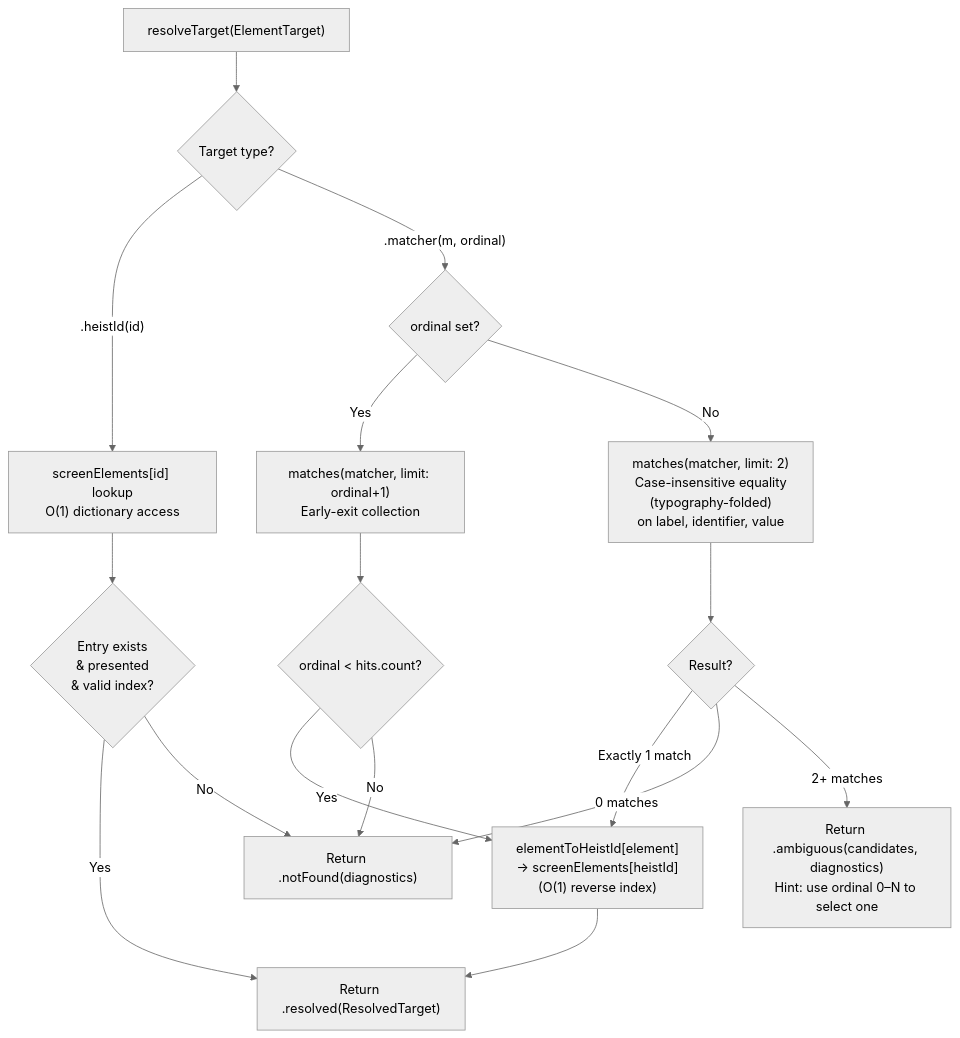
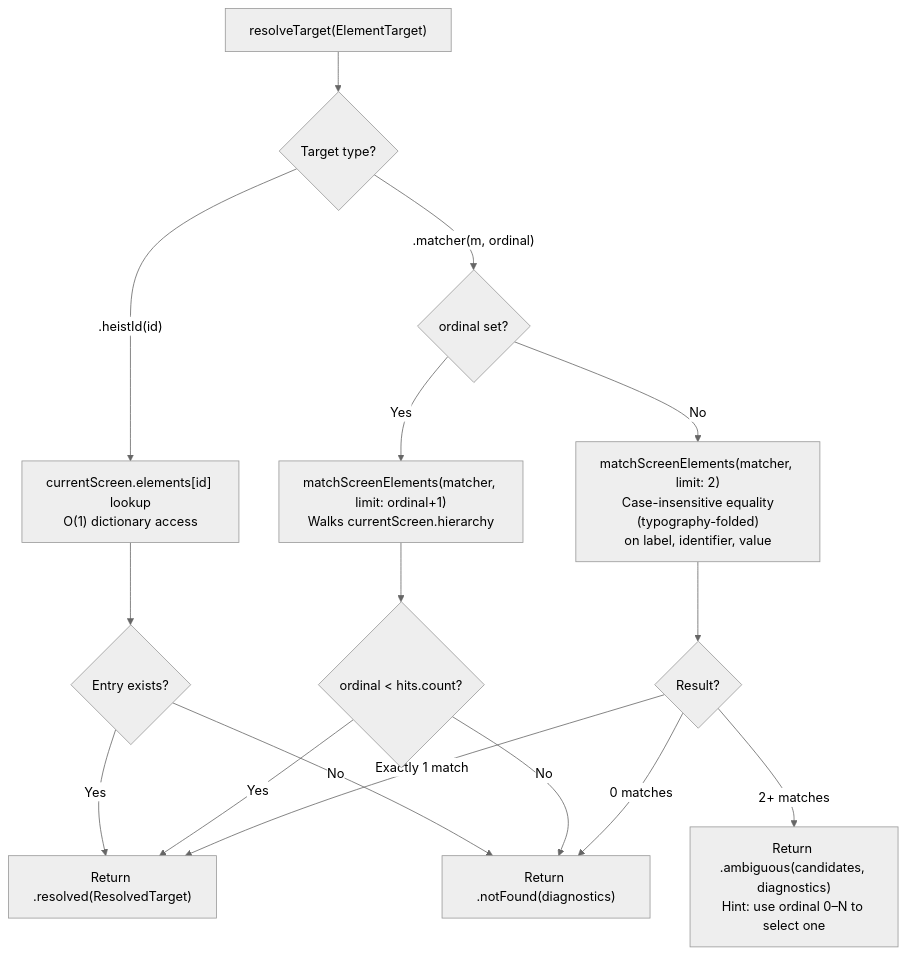
Before and after one commit to RoyalPineapple/TheButtonHeist: the second of 2 diagrams in docs/dossiers/12-UNIFIED-TARGETING.md, drawn with Mermaid (neutral theme). The commit also changed other lines of this file and 13 other files, not shown here.

````diff
--- a/docs/dossiers/12-UNIFIED-TARGETING.md
+++ b/docs/dossiers/12-UNIFIED-TARGETING.md
@@ -111,21 +118,20 @@
 ```mermaid
 flowchart TD
     A["resolveTarget(ElementTarget)"] --> B{Target type?}
-    B -->|".heistId(id)"| C["screenElements[id] lookup<br/>O(1) dictionary access"]
-    C --> D{Entry exists<br/>& presented<br/>& valid index?}
+    B -->|".heistId(id)"| C["currentScreen.elements[id] lookup<br/>O(1) dictionary access"]
+    C --> D{Entry exists?}
     D -->|Yes| E["Return .resolved(ResolvedTarget)"]
     D -->|No| F["Return .notFound(diagnostics)"]
 
     B -->|".matcher(m, ordinal)"| G{ordinal set?}
-    G -->|Yes| ORD["matches(matcher, limit: ordinal+1)<br/>Early-exit collection"]
+    G -->|Yes| ORD["matchScreenElements(matcher, limit: ordinal+1)<br/>Walks currentScreen.hierarchy"]
     ORD --> ORDCHK{ordinal < hits.count?}
-    ORDCHK -->|Yes| J["elementToHeistId[element]<br/>→ screenElements[heistId]<br/>(O(1) reverse index)"]
-    J --> E
+    ORDCHK -->|Yes| E
     ORDCHK -->|No| F
 
-    G -->|No| H["matches(matcher, limit: 2)<br/>Case-insensitive equality<br/>(typography-folded)<br/>on label, identifier, value"]
+    G -->|No| H["matchScreenElements(matcher, limit: 2)<br/>Case-insensitive equality<br/>(typography-folded)<br/>on label, identifier, value"]
     H --> I{Result?}
-    I -->|Exactly 1 match| J
+    I -->|Exactly 1 match| E
     I -->|0 matches| F
     I -->|2+ matches| AMB["Return .ambiguous(candidates, diagnostics)<br/>Hint: use ordinal 0–N to select one"]
 ```
````
